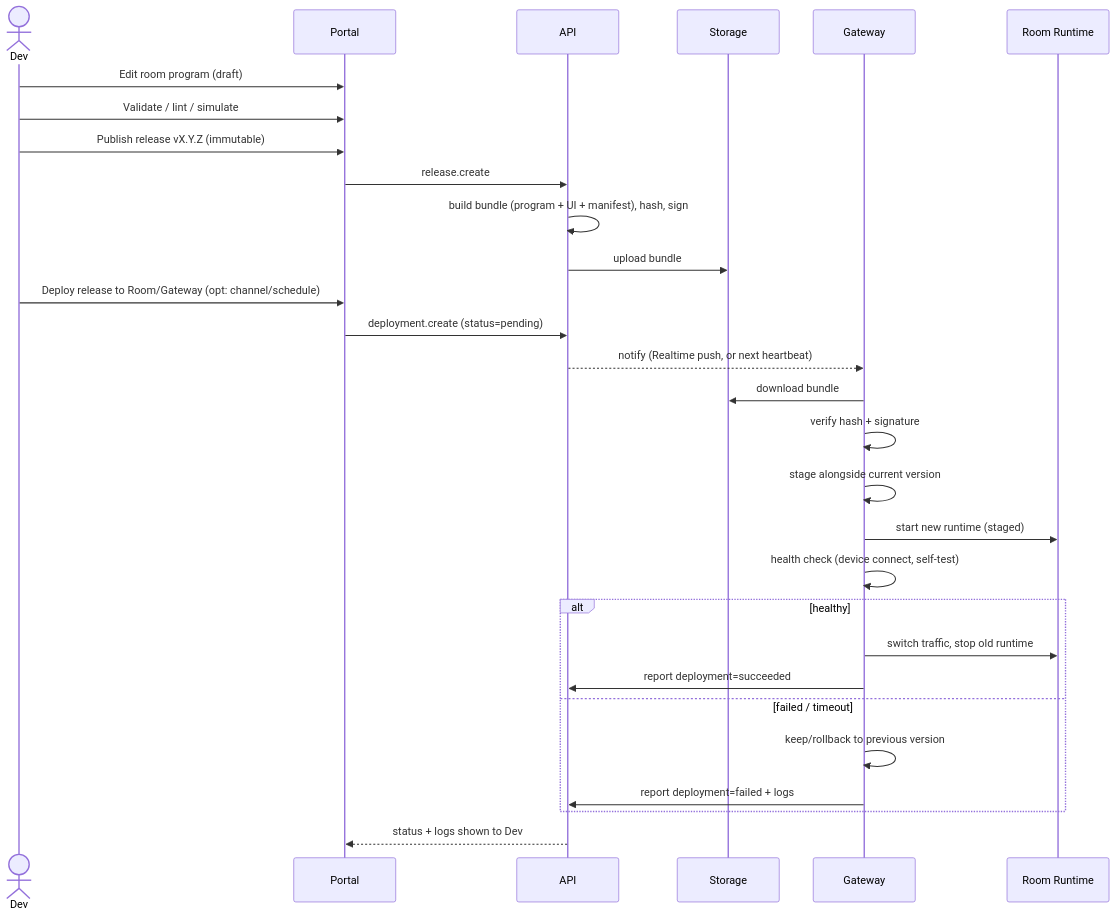
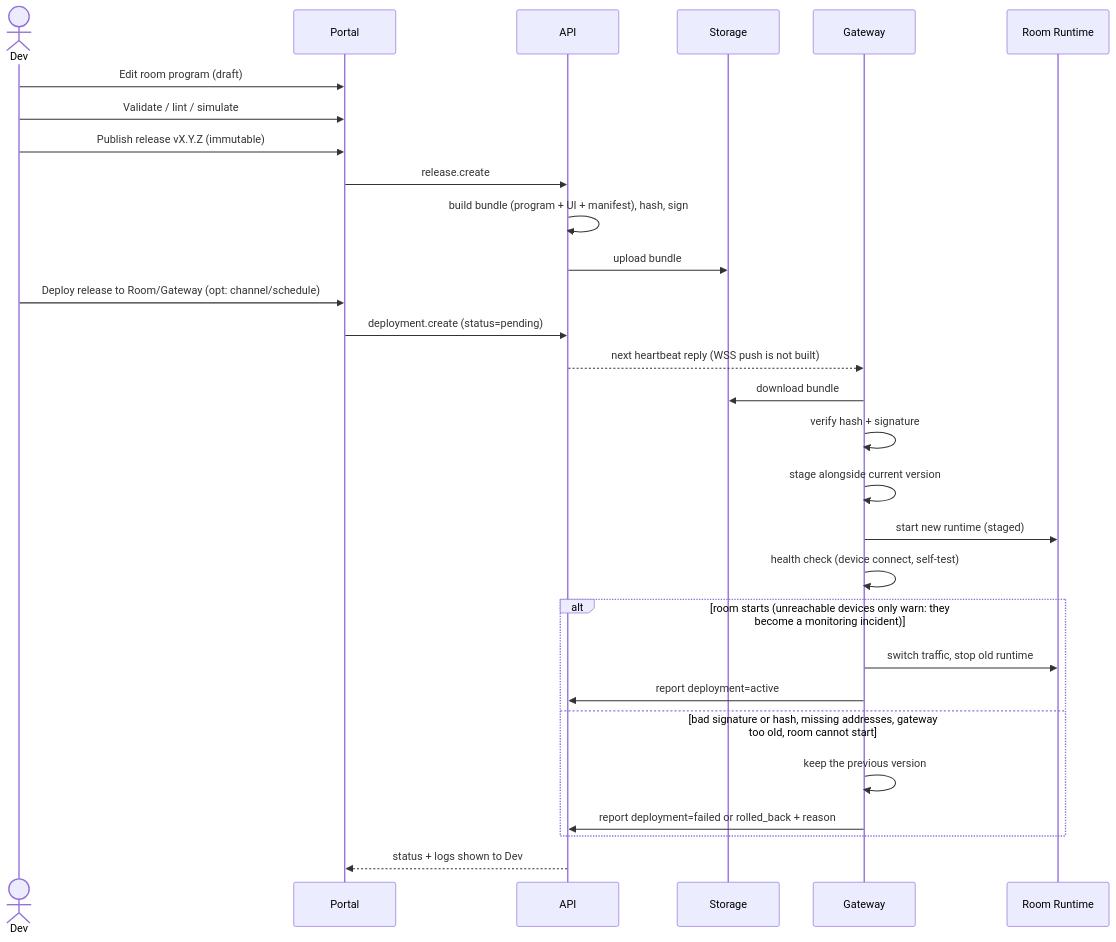
Before and after one commit to steviemayo/cobra: the third of 30 diagrams in docs/diagrams.md, drawn with Mermaid. The commit also changed other lines of this file and 5 other files, not shown here.

Commit message:
docs: bring plan, decisions, diagrams and status docs into line with what is built

````diff
--- a/docs/diagrams.md
+++ b/docs/diagrams.md
@@ -60,31 +76,31 @@
 ```mermaid
 sequenceDiagram
   actor Dev
   participant Portal
   participant API
   participant Store as Storage
   participant GW as Gateway
   participant RT as Room Runtime
   Dev->>Portal: Edit room program (draft)
   Dev->>Portal: Validate / lint / simulate
   Dev->>Portal: Publish release vX.Y.Z (immutable)
   Portal->>API: release.create
   API->>API: build bundle (program + UI + manifest), hash, sign
   API->>Store: upload bundle
   Dev->>Portal: Deploy release to Room/Gateway (opt: channel/schedule)
   Portal->>API: deployment.create (status=pending)
-  API-->>GW: notify (Realtime push, or next heartbeat)
+  API-->>GW: next heartbeat reply (WSS push is not built)
   GW->>Store: download bundle
   GW->>GW: verify hash + signature
   GW->>GW: stage alongside current version
   GW->>RT: start new runtime (staged)
   GW->>GW: health check (device connect, self-test)
-  alt healthy
+  alt room starts (unreachable devices only warn: they become a monitoring incident)
     GW->>RT: switch traffic, stop old runtime
-    GW->>API: report deployment=succeeded
-  else failed / timeout
-    GW->>GW: keep/rollback to previous version
-    GW->>API: report deployment=failed + logs
+    GW->>API: report deployment=active
+  else bad signature or hash, missing addresses, gateway too old, room cannot start
+    GW->>GW: keep the previous version
+    GW->>API: report deployment=failed or rolled_back + reason
   end
   API-->>Portal: status + logs shown to Dev
 ```
````
